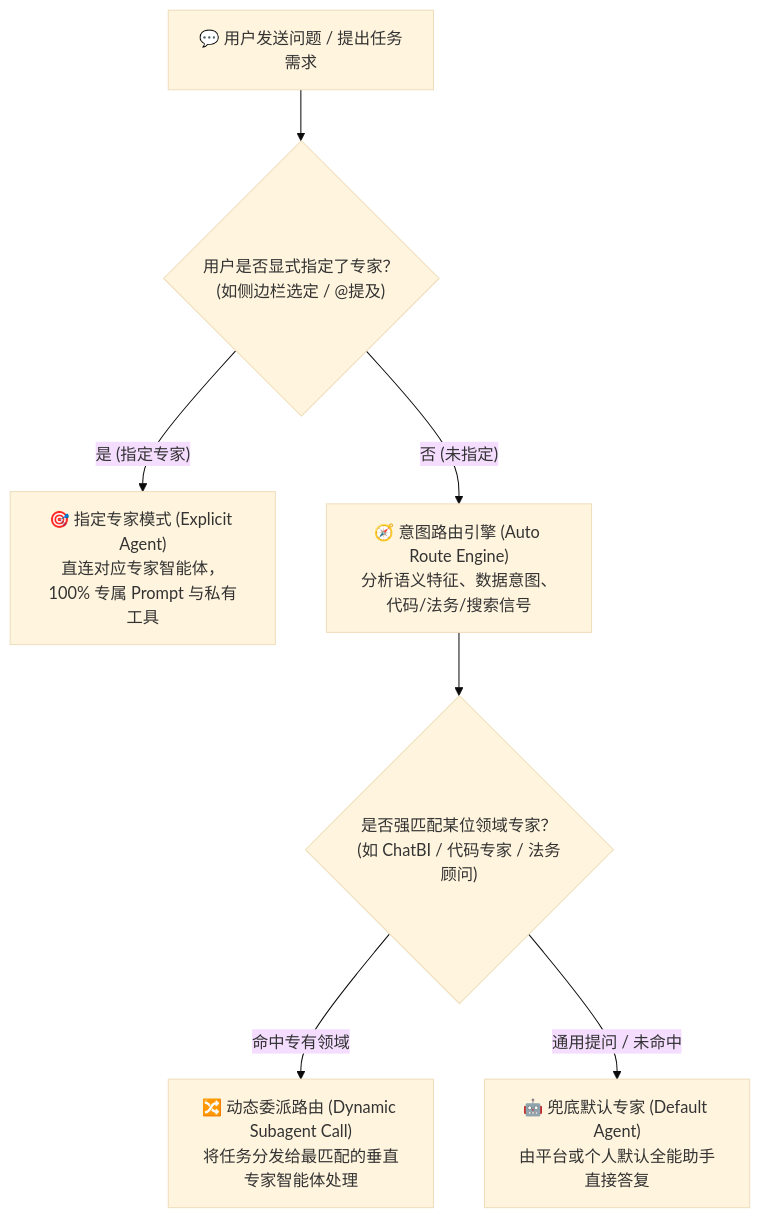
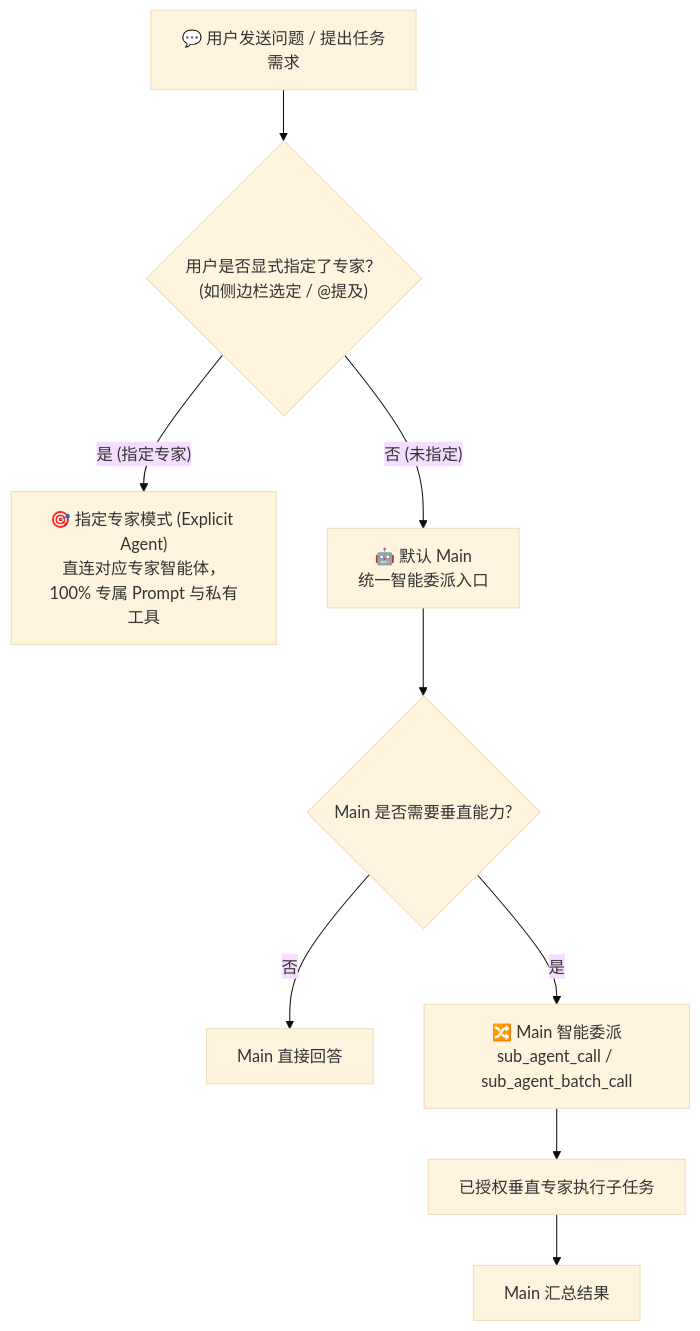
Before and after one commit to RandyChen1985/nanzi-agic: the sixth of 20 diagrams in products/FAQ.md, drawn with Mermaid (base theme). The commit also changed other lines of this file and 1 other file, not shown here.

````diff
--- a/products/FAQ.md
+++ b/products/FAQ.md
@@ -630,12 +892,12 @@
 ```mermaid
 graph TD
     UserQuery["💬 用户发送问题 / 提出任务需求"] --> ModeCheck{"用户是否显式指定了专家？<br>(如侧边栏选定 / @提及)"}
     
     ModeCheck -- "是 (指定专家)" --> DirectPath["🎯 指定专家模式 (Explicit Agent)<br>直连对应专家智能体，100% 专属 Prompt 与私有工具"]
-    ModeCheck -- "否 (未指定)" --> AutoRoute["🧭 意图路由引擎 (Auto Route Engine)<br>分析语义特征、数据意图、代码/法务/搜索信号"]
-    
-    AutoRoute --> MatchCheck{"是否强匹配某位领域专家？<br>(如 ChatBI / 代码专家 / 法务顾问)"}
-    
-    MatchCheck -- "命中专有领域" --> RouteExpert["🔀 动态委派路由 (Dynamic Subagent Call)<br>将任务分发给最匹配的垂直专家智能体处理"]
-    MatchCheck -- "通用提问 / 未命中" --> FallbackDefault["🤖 兜底默认专家 (Default Agent)<br>由平台或个人默认全能助手直接答复"]
+    ModeCheck -- "否 (未指定)" --> Main["🤖 默认 Main<br>统一智能委派入口"]
+    Main --> NeedDelegate{"Main 是否需要垂直能力?"}
+    NeedDelegate -- "否" --> MainAnswer["Main 直接回答"]
+    NeedDelegate -- "是" --> Delegate["🔀 Main 智能委派<br>sub_agent_call / sub_agent_batch_call"]
+    Delegate --> SubAgent["已授权垂直专家执行子任务"]
+    SubAgent --> Synthesis["Main 汇总结果"]
 ```
````
